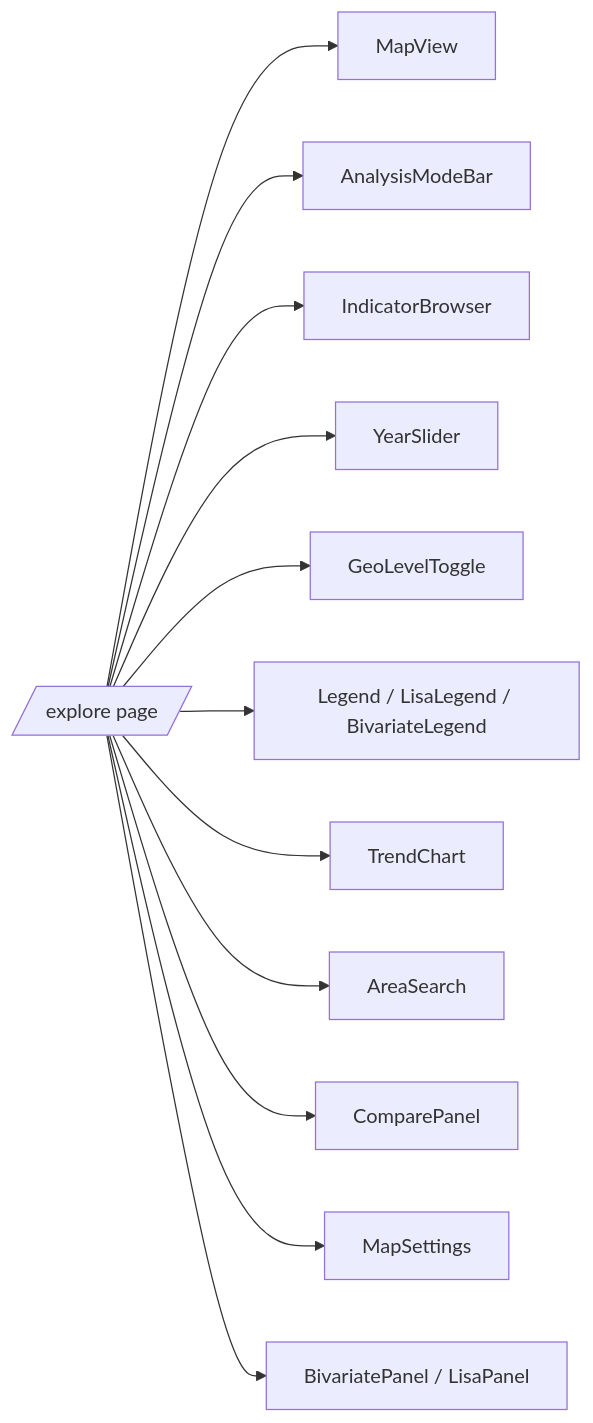
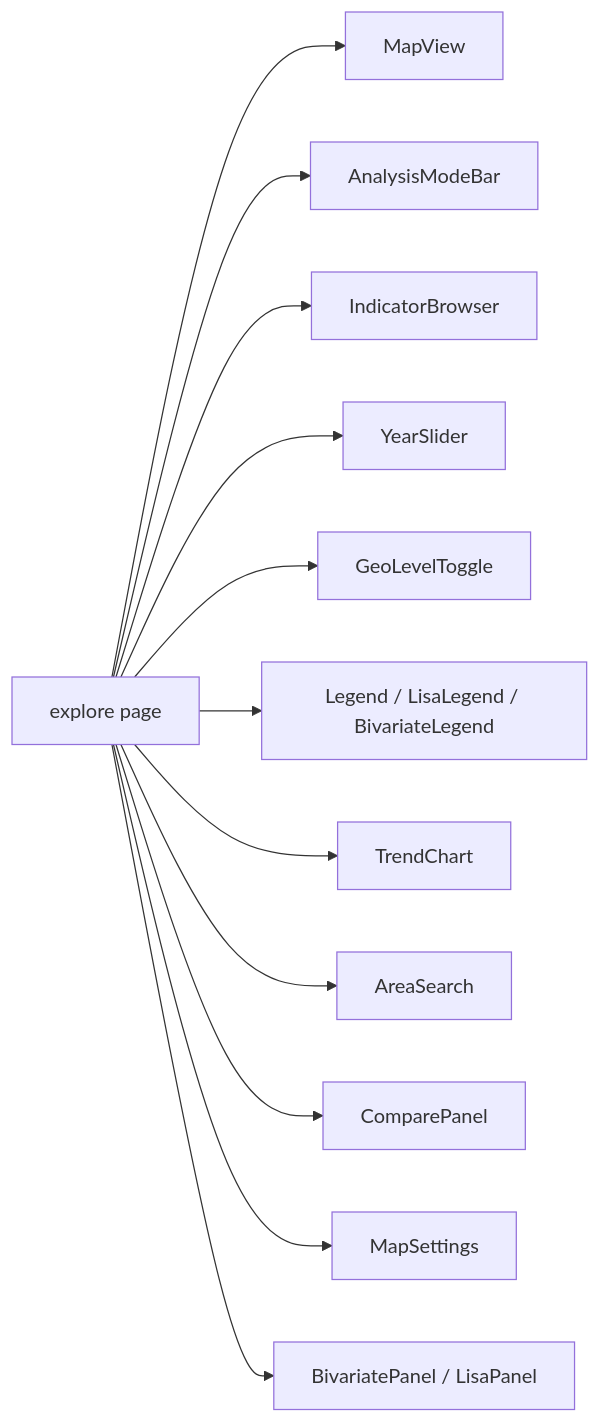
Before and after one commit to kvenkita/crxp: the second of 2 diagrams in docs/app-technical-documentation.qmd, drawn with Mermaid. The commit also changed other lines of this file, not shown here.

Commit message:
docs(app): fix Mermaid diagrams that failed to render

````diff
--- a/docs/app-technical-documentation.qmd
+++ b/docs/app-technical-documentation.qmd
@@ -164,14 +164,14 @@
 ```{mermaid}
 flowchart LR
-  EX[/explore page/] --> MV[MapView]
+  EX["explore page"] --> MV[MapView]
   EX --> AMB[AnalysisModeBar]
   EX --> IB[IndicatorBrowser]
   EX --> YS[YearSlider]
   EX --> GLT[GeoLevelToggle]
-  EX --> LG[Legend / LisaLegend / BivariateLegend]
+  EX --> LG["Legend / LisaLegend / BivariateLegend"]
   EX --> TC[TrendChart]
   EX --> AS[AreaSearch]
   EX --> CP[ComparePanel]
   EX --> MS[MapSettings]
-  EX --> BP[BivariatePanel / LisaPanel]
+  EX --> BP["BivariatePanel / LisaPanel"]
 ```
````
